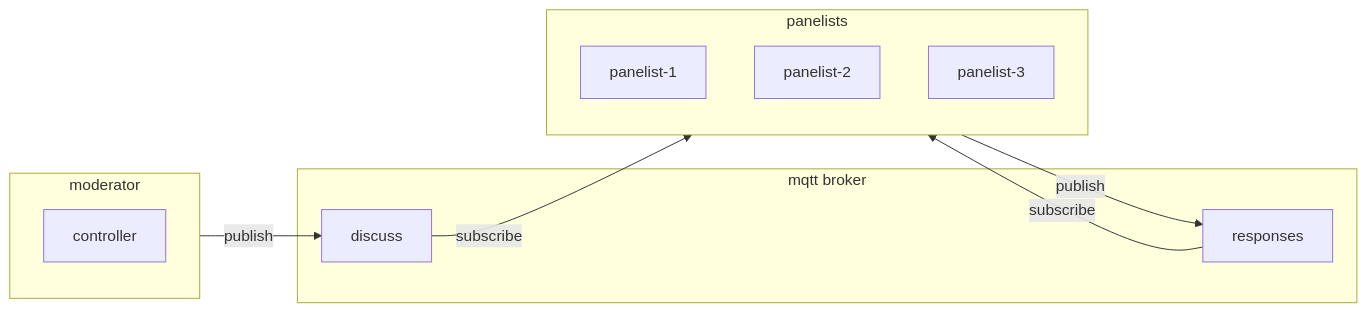
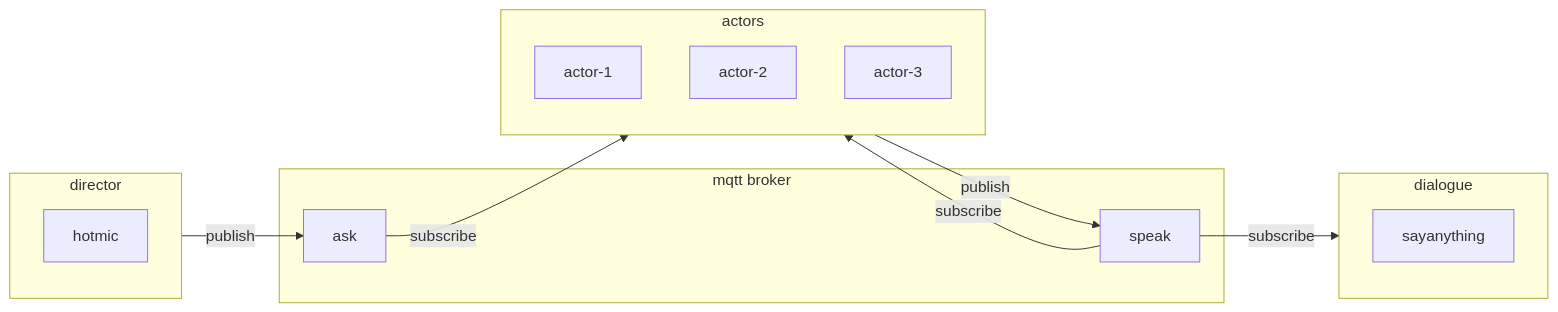
One commit to deadprogram/talkingheads changed the first of 6 diagrams in README.md. Above: the diagram before and after it, drawn with Mermaid. The commit also changed other lines of this file and 7 other files, not shown here.

````diff
--- a/README.md
+++ b/README.md
@@ -18,19 +11,23 @@
 ```mermaid
 flowchart LR
 subgraph mqtt broker
-    discuss
-    responses
+    ask
+    speak
 end
-subgraph panelists
-    panelist-1
-    panelist-2
-    panelist-3
+subgraph actors
+    actor-1
+    actor-2
+    actor-3
 end
-subgraph moderator
-    controller
+subgraph director
+    hotmic
 end
-moderator -- publish --> discuss
-discuss-- subscribe -->panelists
-panelists-- publish -->responses
-responses-- subscribe -->panelists
+subgraph dialogue
+    sayanything
+end
+director -- publish --> ask
+ask-- subscribe -->actors
+actors-- publish -->speak
+speak-- subscribe -->actors
+speak-- subscribe -->dialogue
 ```
````
